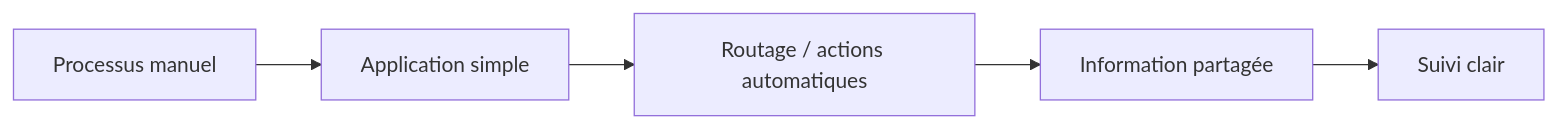
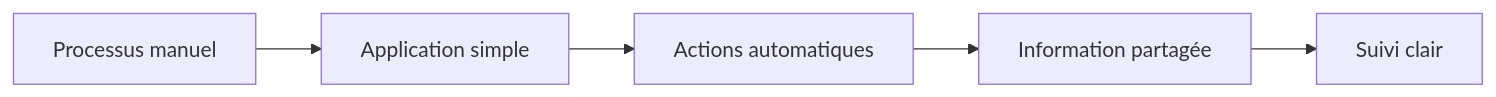
The second of 2 diagrams in README.md (jeffersonkuku/jefferson-Mawapanga-Saku), drawn with Mermaid before and after one commit. The commit also changed other lines of this file and 2 other files, not shown here.

````diff
--- a/README.md
+++ b/README.md
@@ -54,7 +60,7 @@
 ```mermaid
 flowchart LR
     A[Processus manuel] --> B[Application simple]
-    B --> C[Routage / actions automatiques]
+    B --> C[Actions automatiques]
     C --> D[Information partagée]
     D --> E[Suivi clair]
 ```
````
